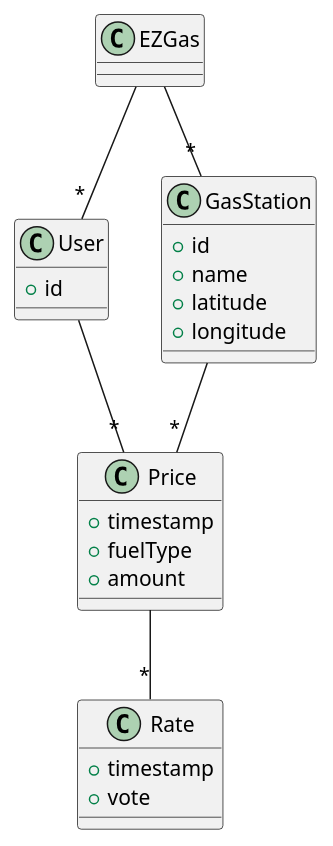
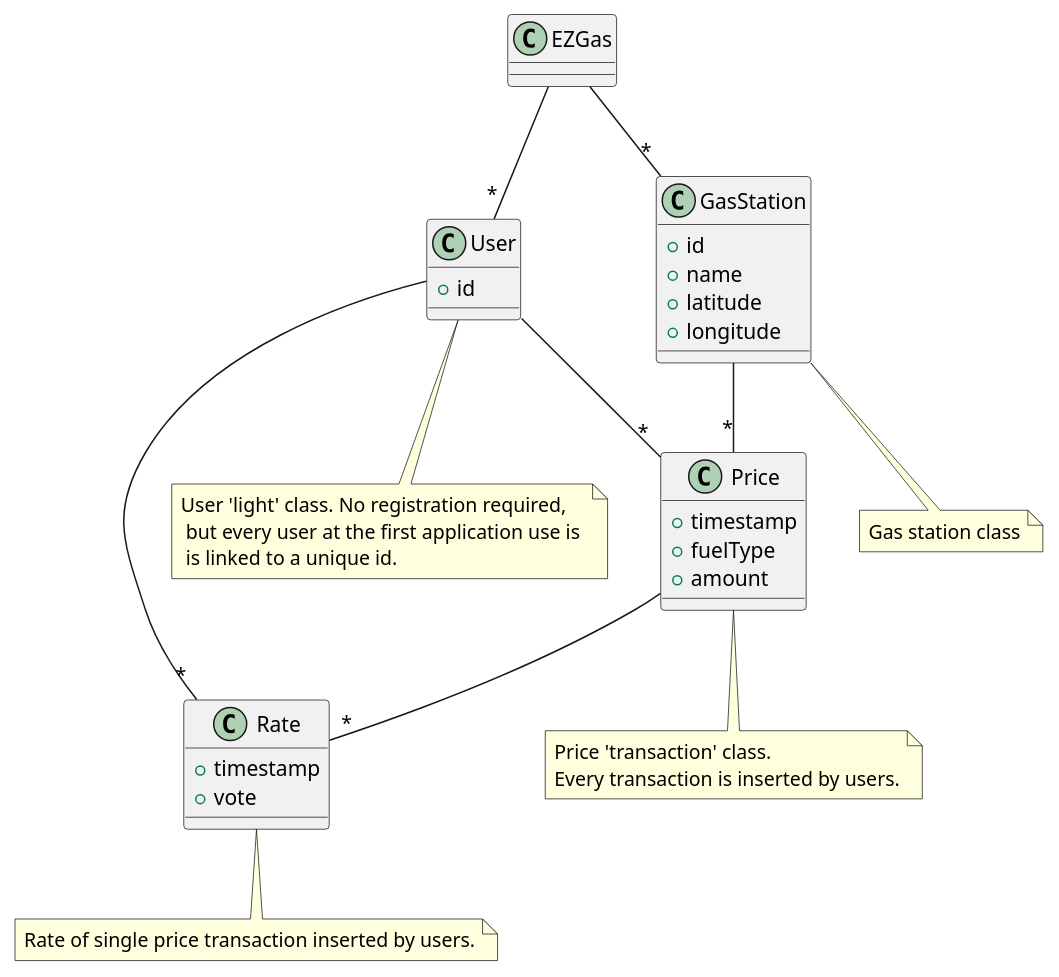
Before and after one commit to SoftengPoliTo/Lab2: the third of 5 diagrams in REQ_280096.md, drawn with PlantUML. The commit also changed other lines of this file, not shown here.

````diff
--- a/REQ_280096.md
+++ b/REQ_280096.md
@@ -205,26 +205,37 @@
 ```plantuml
 class EZGas
 class User{
 	+id
 }
 class GasStation{
 	+id
 	+name
 	+latitude
 	+longitude
 }
 class Price{
 	+timestamp
 	+fuelType
 	+amount
 }
 class Rate{
 	+timestamp
 	+vote
 }
+note "Gas station class" as n1
+note "User 'light' class. No registration required, \n but every user at the first application use is \n is linked to a unique id." as n2
+note "Price 'transaction' class.\nEvery transaction is inserted by users." as n3
+note "Rate of single price transaction inserted by users." as n4
+
 EZGas --"*" User
 EZGas --"*" GasStation
 User --"*" Price
 GasStation --"*" Price
 Price --"*" Rate
+User --"*" Rate
+
+GasStation -- n1
+User -- n2
+Price -- n3
+Rate -- n4
 ```
````
